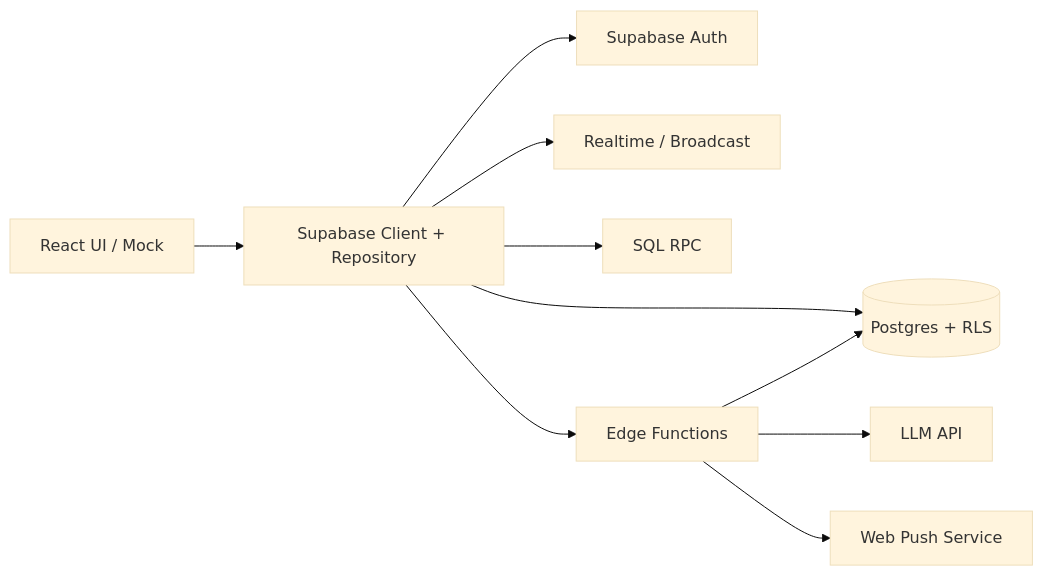
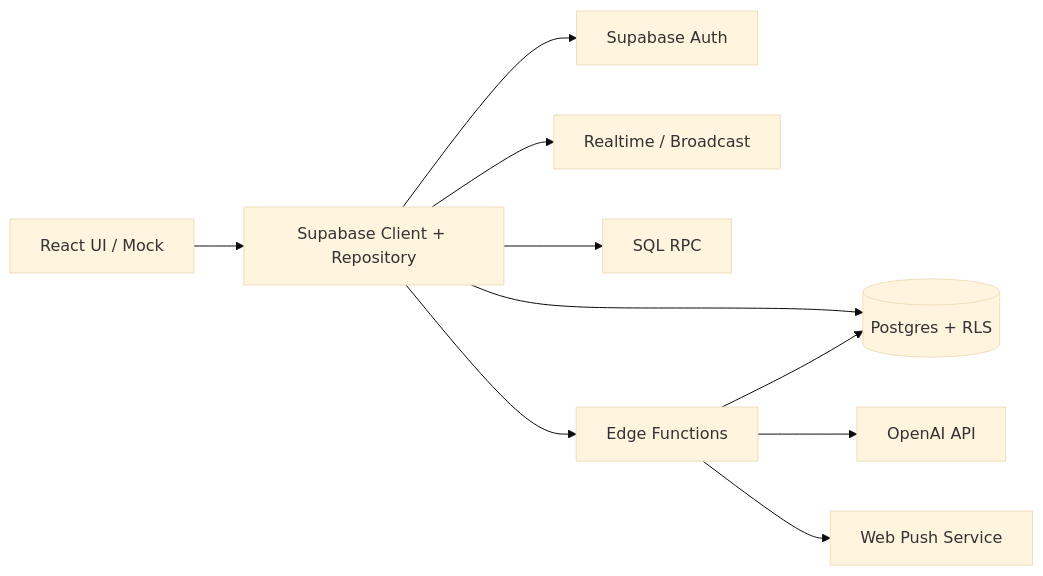
The diagram in docs/backend-supabase-plan.md (Sapphire1004/AIAU), drawn with Mermaid (base theme) before and after one commit. The commit also changed other lines of this file and 11 other files, not shown here.

````diff
--- a/docs/backend-supabase-plan.md
+++ b/docs/backend-supabase-plan.md
@@ -59,12 +59,12 @@
 ```mermaid
 flowchart LR
   UI[React UI / Mock] --> Client[Supabase Client + Repository]
   Client --> Auth[Supabase Auth]
   Client --> DB[(Postgres + RLS)]
   Client --> RT[Realtime / Broadcast]
   Client --> RPC[SQL RPC]
   Client --> EF[Edge Functions]
-  EF --> LLM[LLM API]
+  EF --> OpenAI[OpenAI API]
   EF --> Push[Web Push Service]
   EF --> DB
 ```
````
